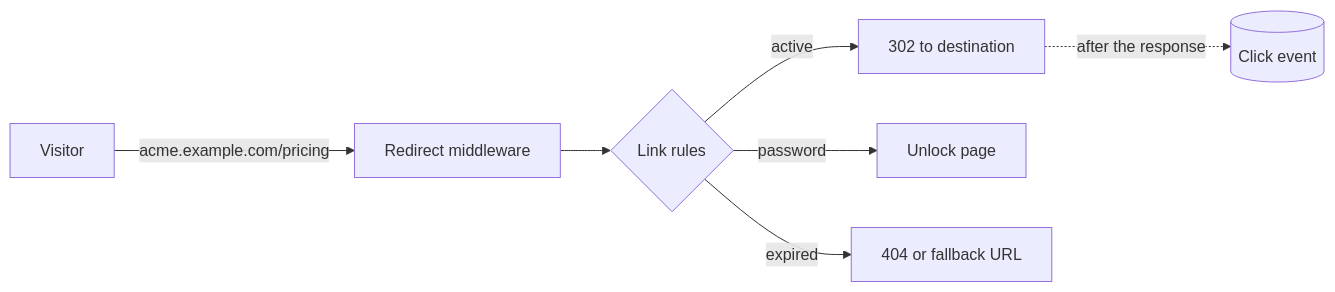
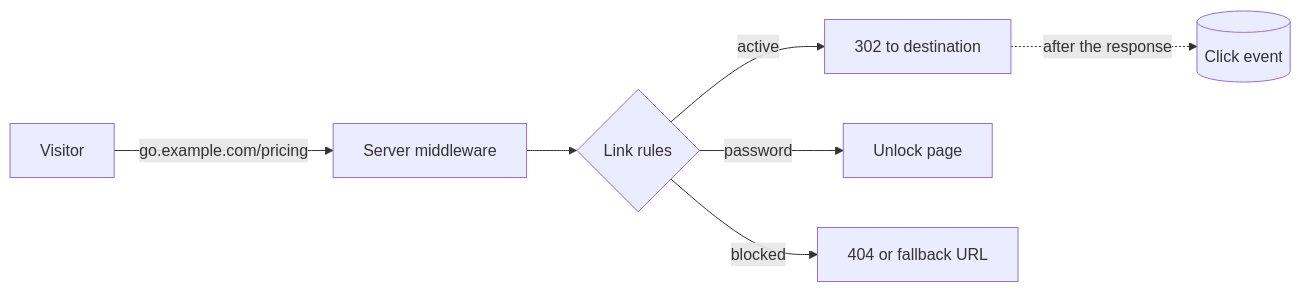
Before and after one commit to hamedniroomand/masir: the diagram in docs/guide/index.md, drawn with Mermaid. The commit also changed other lines of this file and 29 other files, not shown here.

````diff
--- a/docs/guide/index.md
+++ b/docs/guide/index.md
@@ -36,9 +49,9 @@
 ```mermaid
 flowchart LR
-  A[Visitor] -->|acme.example.com/pricing| B[Redirect middleware]
+  A[Visitor] -->|go.example.com/pricing| B[Server middleware]
   B --> C{Link rules}
   C -->|active| D[302 to destination]
   C -->|password| E[Unlock page]
-  C -->|expired| F[404 or fallback URL]
+  C -->|blocked| F[404 or fallback URL]
   D -.->|after the response| G[(Click event)]
 ```
````
